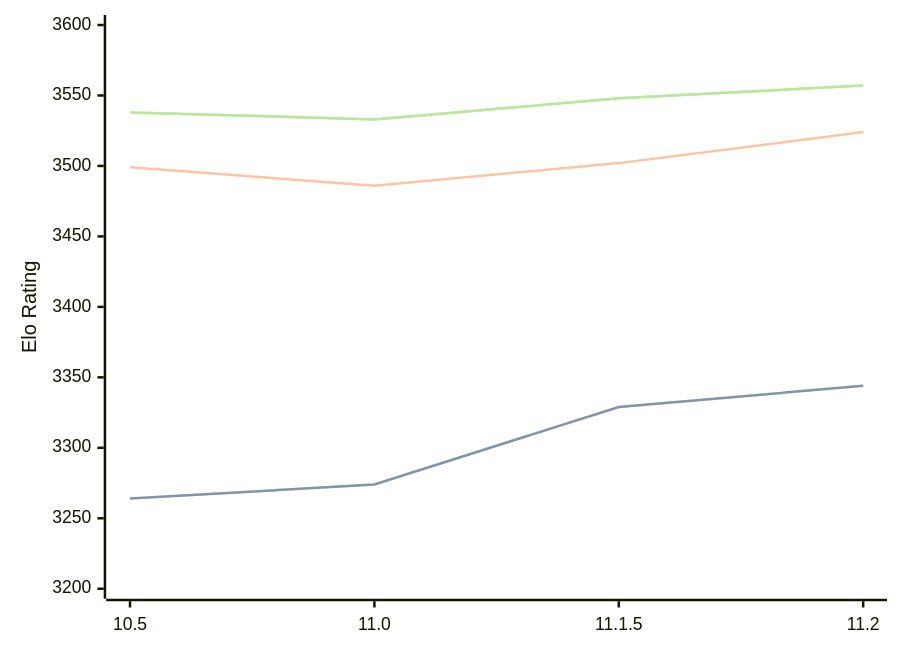
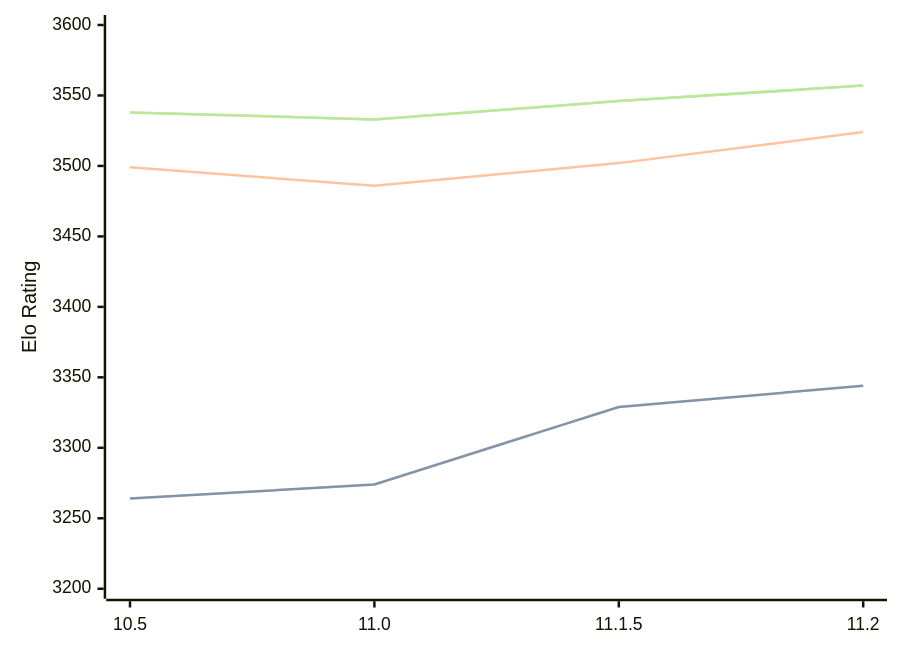
The diagram in engines/Lizard.md (computer-chess-index/cci), drawn with Mermaid before and after one commit. The commit also changed other lines of this file, not shown here.

Commit message:
Update CCI Ratings (ELO VLTC) - 2026-03-06

````diff
--- a/engines/Lizard.md
+++ b/engines/Lizard.md
@@ -44,11 +44,11 @@
 ```mermaid
 %%{init: {"theme":"base","themeVariables":{"seriesColors:['#a3a3a3','#222221','#faa371']}}}%%
 xychart-beta
   x-axis ["10.5", "11.0", "11.1.5", "11.2"]
   y-axis "Elo Rating" 3200 --> 3600
   line "STC (8.0+0.08s)" [3264, 3274, 3329, 3344]
   line "STC (8.0+0.08s)" [3264, 3274, 3329, 3344]
   line "LTC (60.0+0.60s)" [3499, 3486, 3502, 3524]
-  line "VLTC (2m24s+1.12s)" [3538, 3533, 3548, 3557]
-  line "VLTC (2m24s+1.12s)" [3538, 3533, 3548, 3557]
+  line "VLTC (2m24s+1.12s)" [3538, 3533, 3546, 3557]
+  line "VLTC (2m24s+1.12s)" [3538, 3533, 3546, 3557]
 ```
````
